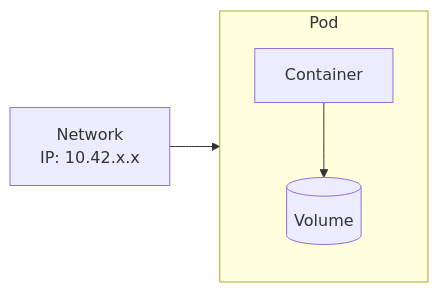
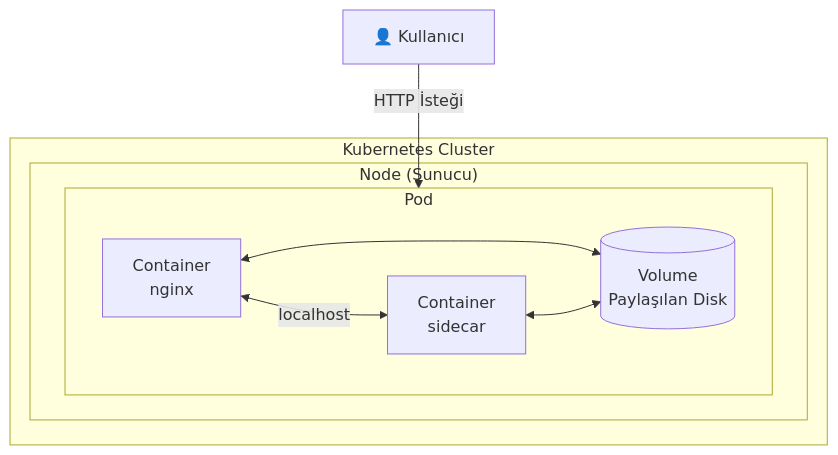
Before and after one commit to uzunenes/CKAD: the first of 2 diagrams in labs/lab-01-pod-basics.md, drawn with Mermaid. The commit also changed other lines of this file and 2 other files, not shown here.

````diff
--- a/labs/lab-01-pod-basics.md
+++ b/labs/lab-01-pod-basics.md
@@ -13,10 +13,17 @@
 ```mermaid
-graph LR
-    subgraph "Pod"
-        C1[Container]
-        V1[(Volume)]
-        C1 --> V1
+graph TB
+    subgraph "Kubernetes Cluster"
+        subgraph "Node (Sunucu)"
+            subgraph "Pod"
+                C1[Container<br/>nginx]
+                C2[Container<br/>sidecar]
+                V1[(Volume<br/>Paylaşılan Disk)]
+            end
+        end
     end
     
-    N[Network<br/>IP: 10.42.x.x] --> Pod
+    USER[👤 Kullanıcı] -->|HTTP İsteği| Pod
+    C1 <--> V1
+    C2 <--> V1
+    C1 <-->|localhost| C2
 ```
````
